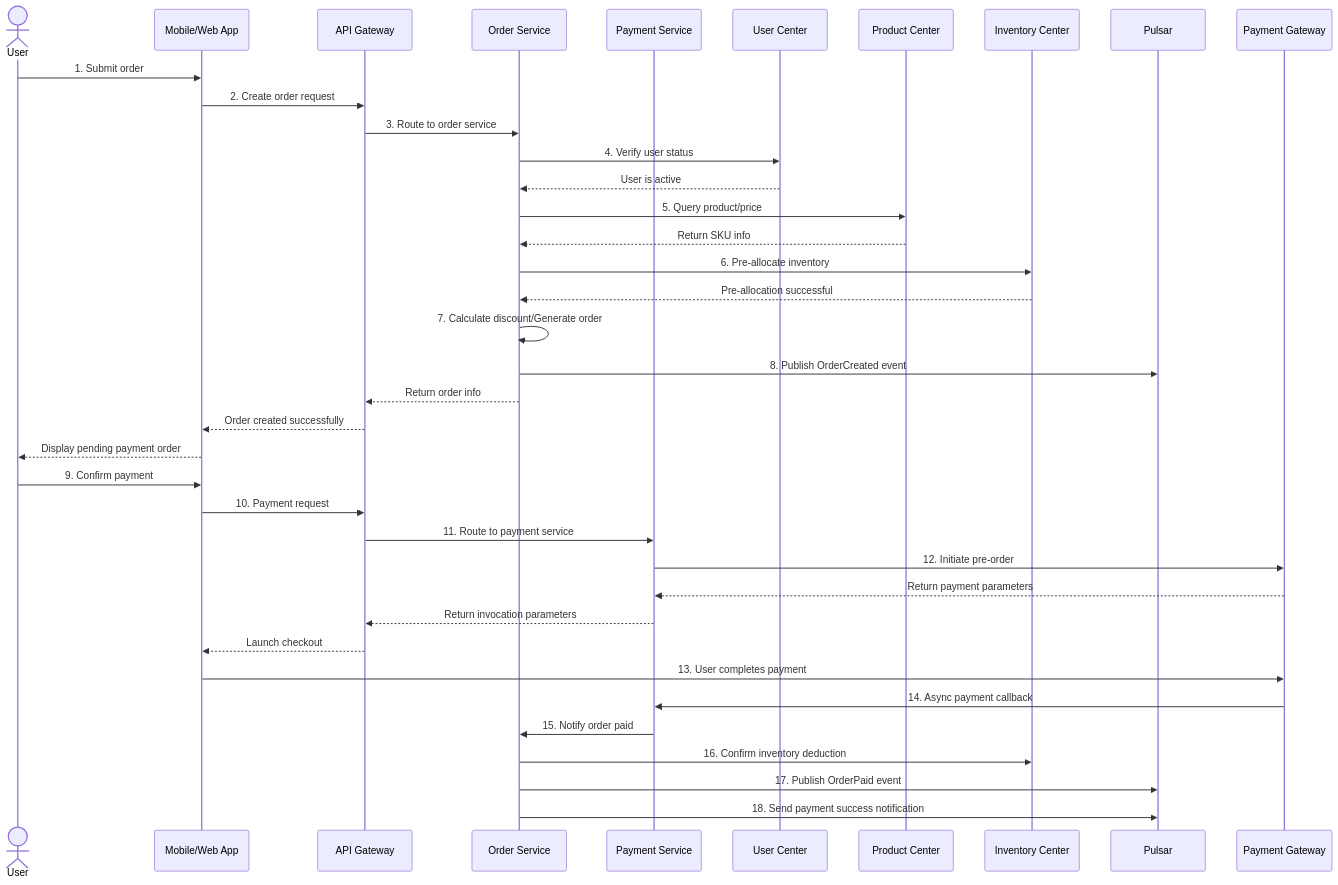
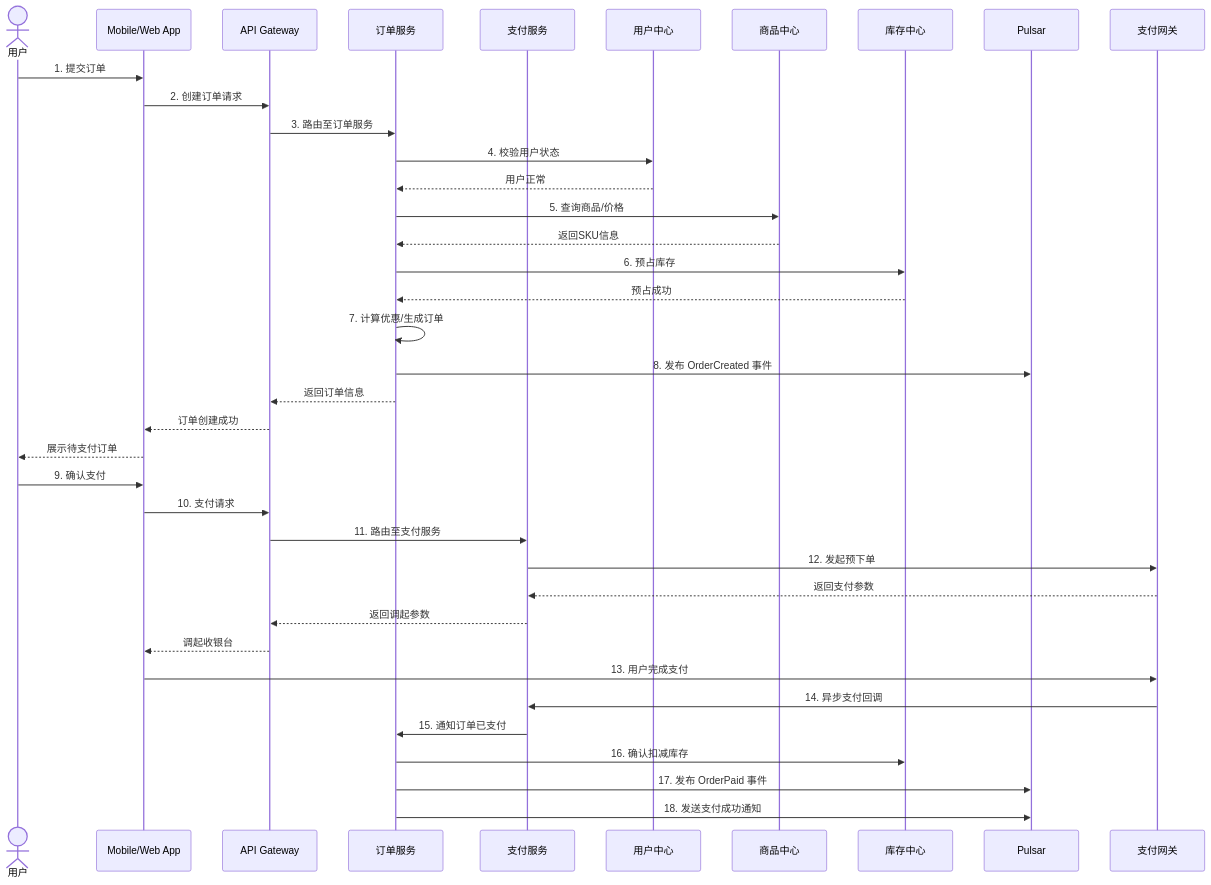
The eighth of 15 diagrams in templates/Product/Technology/Template-Architecture.md (Kirky-X/cangjie), drawn with Mermaid before and after one commit. The commit also changed other lines of this file and 33 other files, not shown here.

````diff
--- a/templates/Product/Technology/Template-Architecture.md
+++ b/templates/Product/Technology/Template-Architecture.md
@@ -379,42 +379,42 @@
 ```mermaid
 sequenceDiagram
-    actor U as User
+    actor U as 用户
     participant App as Mobile/Web App
     participant GW as API Gateway
-    participant OS as Order Service
-    participant PS as Payment Service
-    participant US as User Center
-    participant PCS as Product Center
-    participant ICS as Inventory Center
+    participant OS as 订单服务
+    participant PS as 支付服务
+    participant US as 用户中心
+    participant PCS as 商品中心
+    participant ICS as 库存中心
     participant MQ as Pulsar
-    participant Pay as Payment Gateway
+    participant Pay as 支付网关
 
-    U->>App: 1. Submit order
-    App->>GW: 2. Create order request
-    GW->>OS: 3. Route to order service
-    OS->>US: 4. Verify user status
-    US-->>OS: User is active
-    OS->>PCS: 5. Query product/price
-    PCS-->>OS: Return SKU info
-    OS->>ICS: 6. Pre-allocate inventory
-    ICS-->>OS: Pre-allocation successful
-    OS->>OS: 7. Calculate discount/Generate order
-    OS->>MQ: 8. Publish OrderCreated event
-    OS-->>GW: Return order info
-    GW-->>App: Order created successfully
-    App-->>U: Display pending payment order
+    U->>App: 1. 提交订单
+    App->>GW: 2. 创建订单请求
+    GW->>OS: 3. 路由至订单服务
+    OS->>US: 4. 校验用户状态
+    US-->>OS: 用户正常
+    OS->>PCS: 5. 查询商品/价格
+    PCS-->>OS: 返回SKU信息
+    OS->>ICS: 6. 预占库存
+    ICS-->>OS: 预占成功
+    OS->>OS: 7. 计算优惠/生成订单
+    OS->>MQ: 8. 发布 OrderCreated 事件
+    OS-->>GW: 返回订单信息
+    GW-->>App: 订单创建成功
+    App-->>U: 展示待支付订单
 
-    U->>App: 9. Confirm payment
-    App->>GW: 10. Payment request
-    GW->>PS: 11. Route to payment service
-    PS->>Pay: 12. Initiate pre-order
-    Pay-->>PS: Return payment parameters
-    PS-->>GW: Return invocation parameters
-    GW-->>App: Launch checkout
-    App->>Pay: 13. User completes payment
-    Pay->>PS: 14. Async payment callback
-    PS->>OS: 15. Notify order paid
-    OS->>ICS: 16. Confirm inventory deduction
-    OS->>MQ: 17. Publish OrderPaid event
-    OS->>MQ: 18. Send payment success notification
+    U->>App: 9. 确认支付
+    App->>GW: 10. 支付请求
+    GW->>PS: 11. 路由至支付服务
+    PS->>Pay: 12. 发起预下单
+    Pay-->>PS: 返回支付参数
+    PS-->>GW: 返回调起参数
+    GW-->>App: 调起收银台
+    App->>Pay: 13. 用户完成支付
+    Pay->>PS: 14. 异步支付回调
+    PS->>OS: 15. 通知订单已支付
+    OS->>ICS: 16. 确认扣减库存
+    OS->>MQ: 17. 发布 OrderPaid 事件
+    OS->>MQ: 18. 发送支付成功通知
 ```
````
